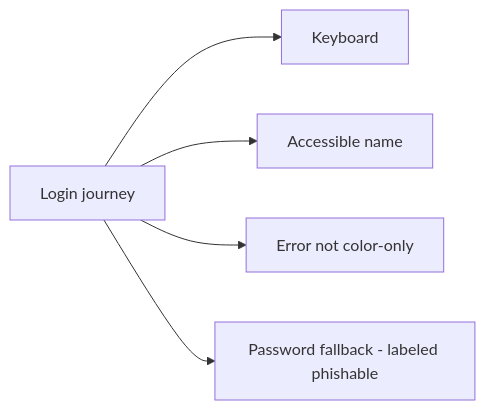
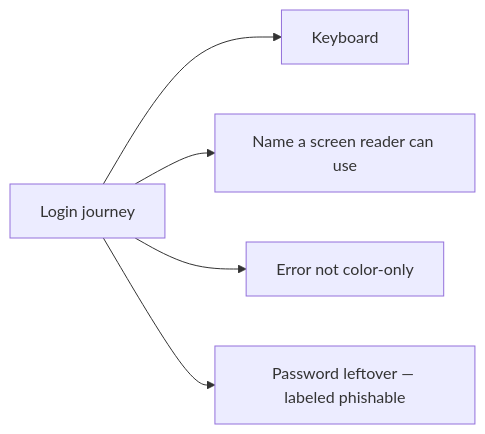
The second of 2 diagrams in content/modules/4/4.2/lessons/02-model.md (ishitvagoel/LearnSecurity), drawn with Mermaid before and after one commit. The commit also changed other lines of this file and 39 other files, not shown here.

````diff
--- a/content/modules/4/4.2/lessons/02-model.md
+++ b/content/modules/4/4.2/lessons/02-model.md
@@ -25,7 +26,7 @@
 ```mermaid
 flowchart LR
   Path[Login journey] --> Kbd[Keyboard]
-  Path --> Label[Accessible name]
+  Path --> Label[Name a screen reader can use]
   Path --> Err[Error not color-only]
-  Path --> Residual[Password fallback - labeled phishable]
+  Path --> Residual[Password leftover — labeled phishable]
 ```
````
